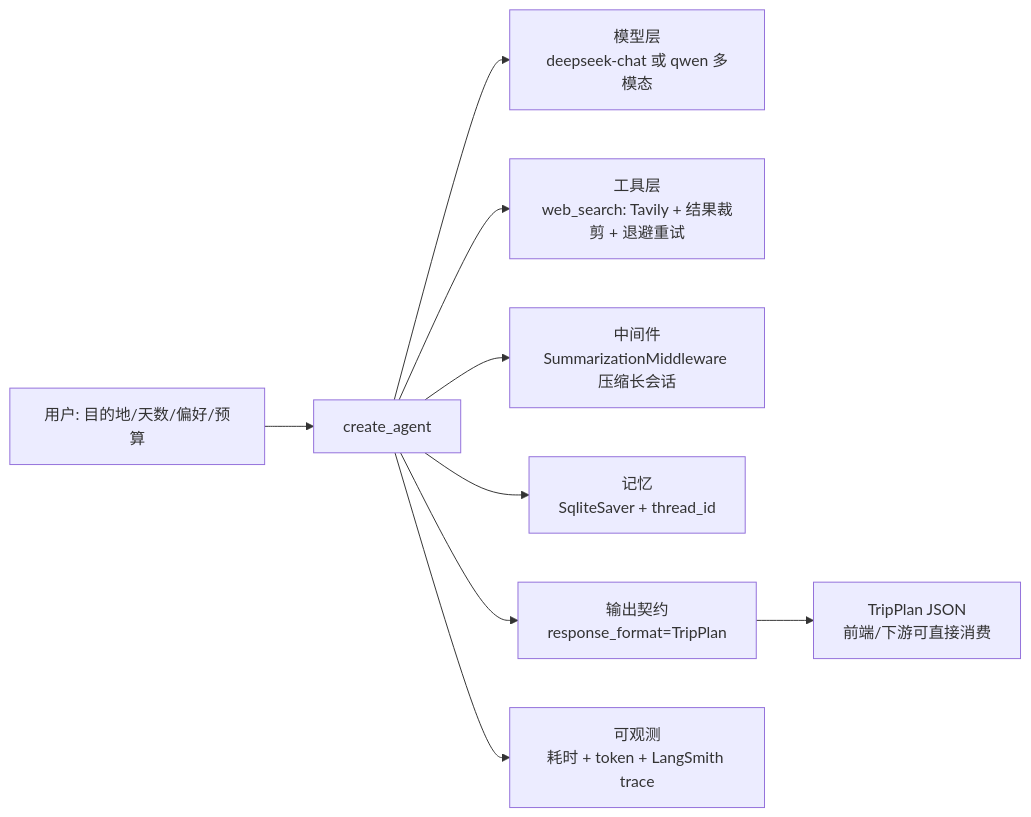
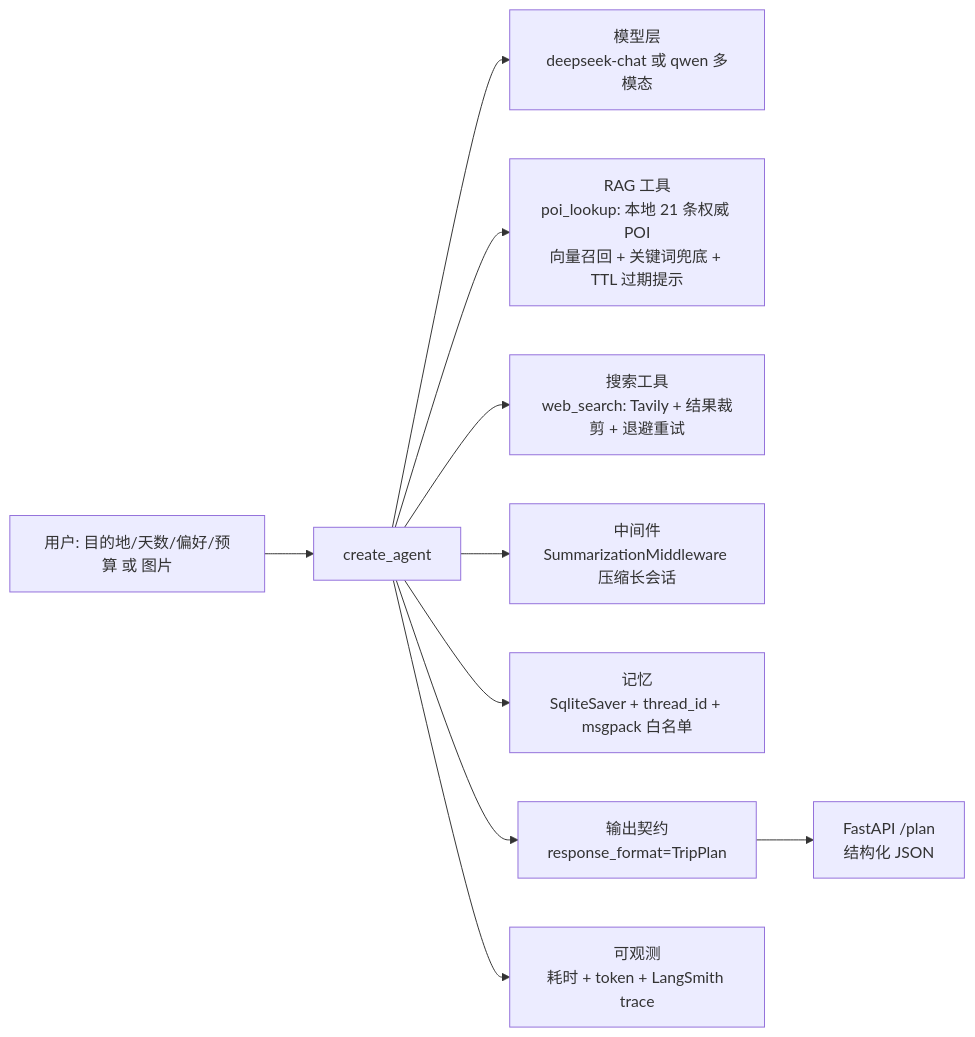
Before and after one commit to czj-91/ai-travel-agent: the diagram in README.md, drawn with Mermaid. The commit also changed other lines of this file and 9 other files, not shown here.

Commit message:
feat: 接入本地 POI 知识库 RAG、FastAPI 服务层与多模态输入

````diff
--- a/README.md
+++ b/README.md
@@ -11,11 +13,12 @@
 ```mermaid
 flowchart LR
-    U[用户: 目的地/天数/偏好/预算] --> A[create_agent]
+    U[用户: 目的地/天数/偏好/预算 或 图片] --> A[create_agent]
     A --> M[模型层<br/>deepseek-chat 或 qwen 多模态]
-    A --> T[工具层<br/>web_search: Tavily + 结果裁剪 + 退避重试]
+    A --> R[RAG 工具<br/>poi_lookup: 本地 21 条权威 POI<br/>向量召回 + 关键词兜底 + TTL 过期提示]
+    A --> T[搜索工具<br/>web_search: Tavily + 结果裁剪 + 退避重试]
     A --> MW[中间件<br/>SummarizationMiddleware 压缩长会话]
-    A --> C[记忆<br/>SqliteSaver + thread_id]
+    A --> C[记忆<br/>SqliteSaver + thread_id + msgpack 白名单]
     A --> S[输出契约<br/>response_format=TripPlan]
-    S --> R[TripPlan JSON<br/>前端/下游可直接消费]
+    S --> API[FastAPI /plan<br/>结构化 JSON]
     A --> O[可观测<br/>耗时 + token + LangSmith trace]
 ```
````
